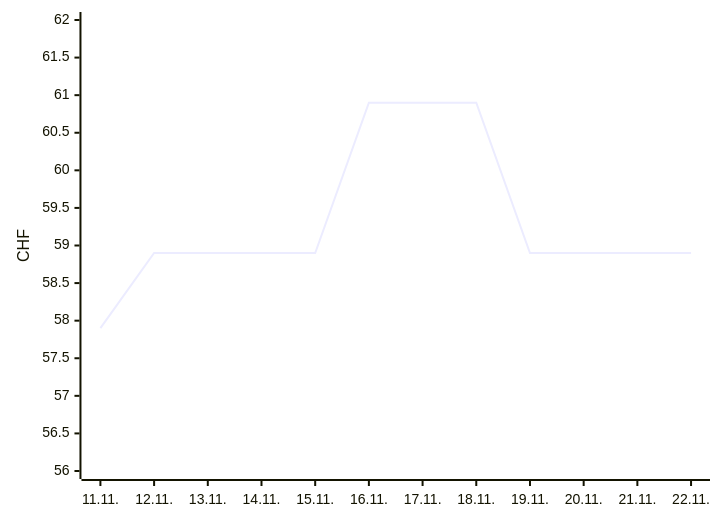
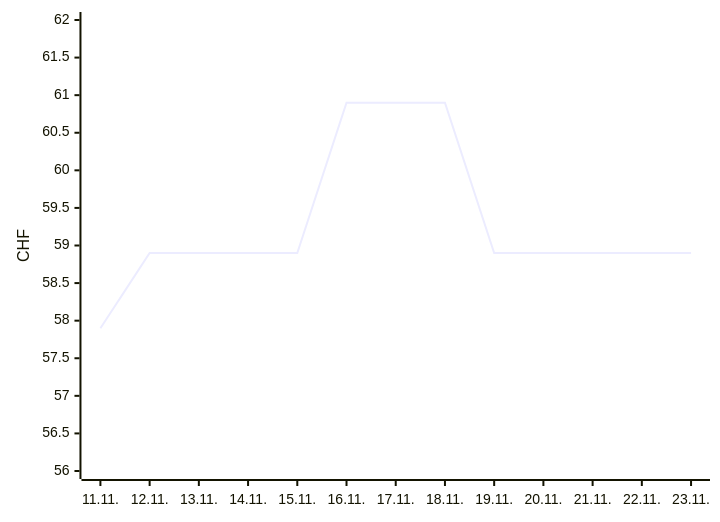
The second of 2 diagrams in README.md (Akira2828/my-Galaxus-MCP), drawn with Mermaid before and after one commit. The commit also changed other lines of this file and 1 other file, not shown here.

````diff
--- a/README.md
+++ b/README.md
@@ -25,6 +25,6 @@
 ```mermaid
 xychart-beta
-  x-axis ["11.11.", "12.11.", "13.11.", "14.11.", "15.11.", "16.11.", "17.11.", "18.11.", "19.11.", "20.11.", "21.11.", "22.11."]
+  x-axis ["11.11.", "12.11.", "13.11.", "14.11.", "15.11.", "16.11.", "17.11.", "18.11.", "19.11.", "20.11.", "21.11.", "22.11.", "23.11."]
   y-axis "CHF" 56 --> 62
-  line [57.9, 58.9, 58.9, 58.9, 58.9, 60.9, 60.9, 60.9, 58.9, 58.9, 58.9, 58.9]
+  line [57.9, 58.9, 58.9, 58.9, 58.9, 60.9, 60.9, 60.9, 58.9, 58.9, 58.9, 58.9, 58.9]
 ```
````
